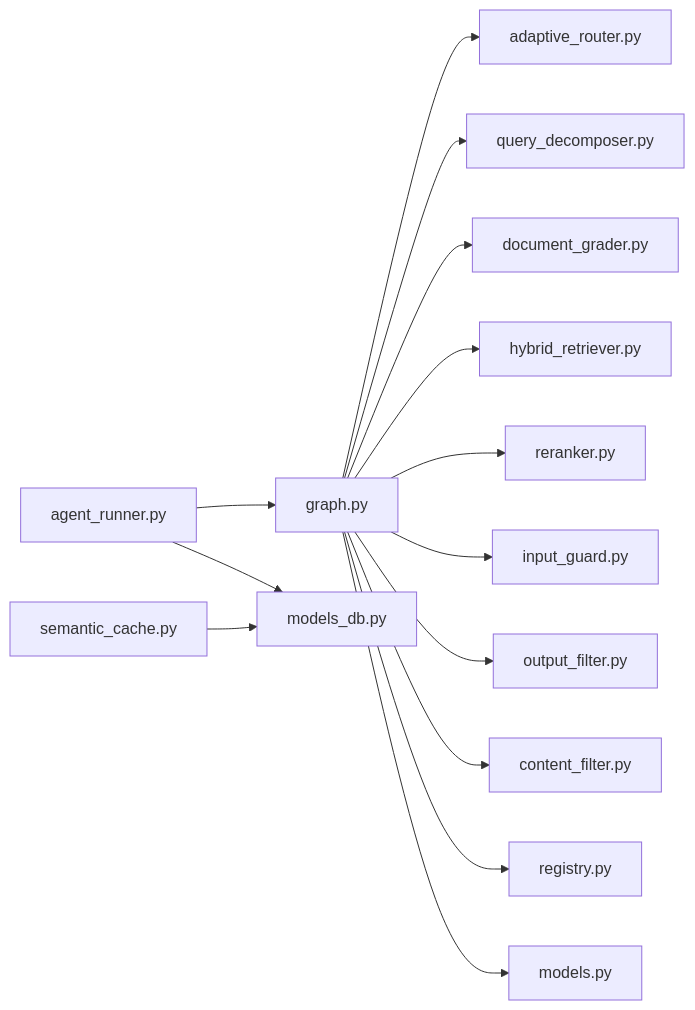
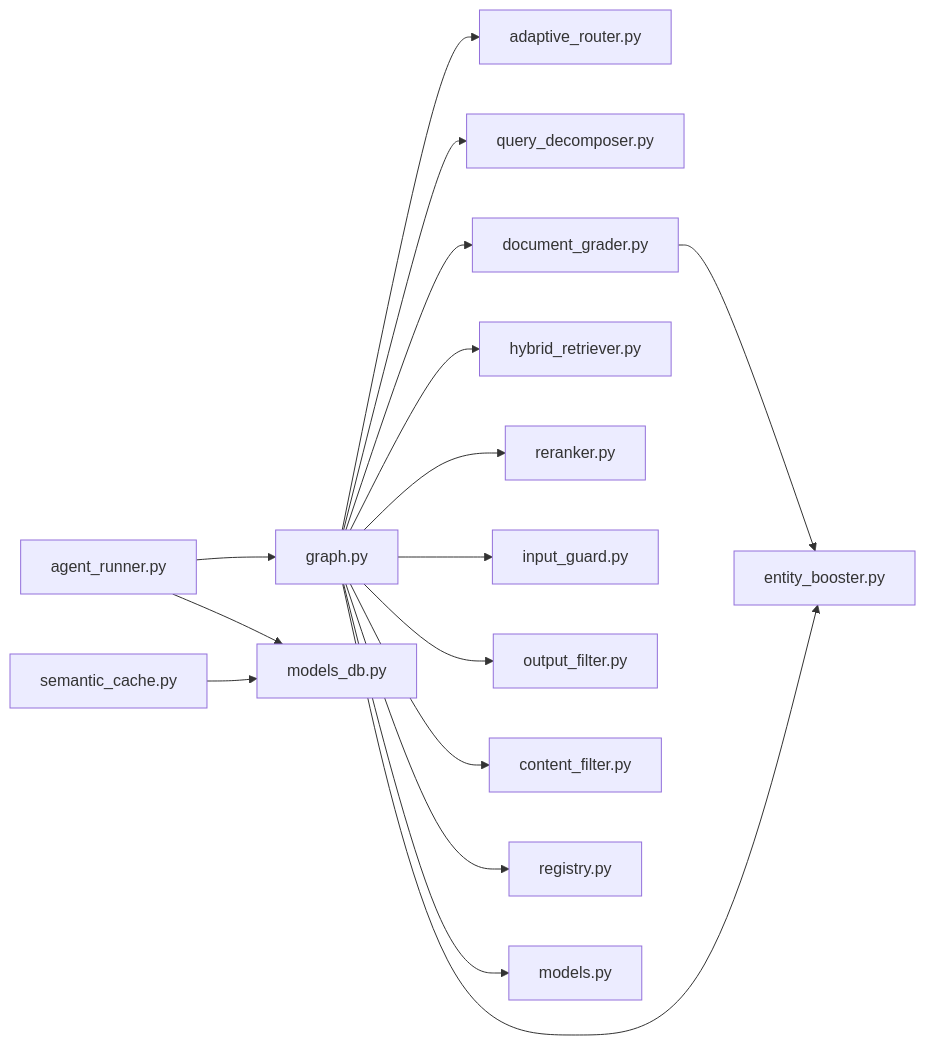
Before and after one commit to genes8/private-ai: diagram 12 of 12 in .qoder/repowiki/en/content/AI Agent Pipeline/AI Agent Pipeline.md, drawn with Mermaid. The commit also changed other lines of this file and 31 other files, not shown here.

````diff
--- a/.qoder/repowiki/en/content/AI Agent Pipeline/AI Agent Pipeline.md
+++ b/.qoder/repowiki/en/content/AI Agent Pipeline/AI Agent Pipeline.md
@@ -430,16 +476,18 @@
 ```mermaid
 graph LR
 G["graph.py"] --> AR["adaptive_router.py"]
 G --> DC["query_decomposer.py"]
 G --> DG["document_grader.py"]
+G --> EB["entity_booster.py"]
 G --> HR["hybrid_retriever.py"]
 G --> RR["reranker.py"]
 G --> IG["input_guard.py"]
 G --> OF["output_filter.py"]
 G --> CF["content_filter.py"]
 G --> PR["registry.py"]
 G --> M["models.py"]
 SC["semantic_cache.py"] --> DM["models_db.py"]
 AG["agent_runner.py"] --> G
 AG --> DM
+DG --> EB
 ```
````
